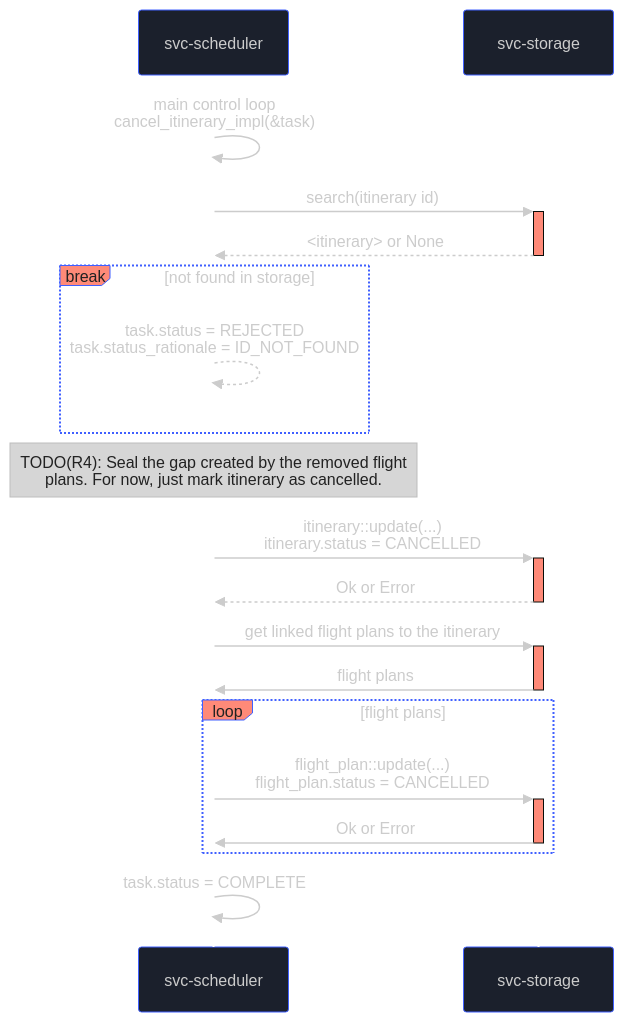
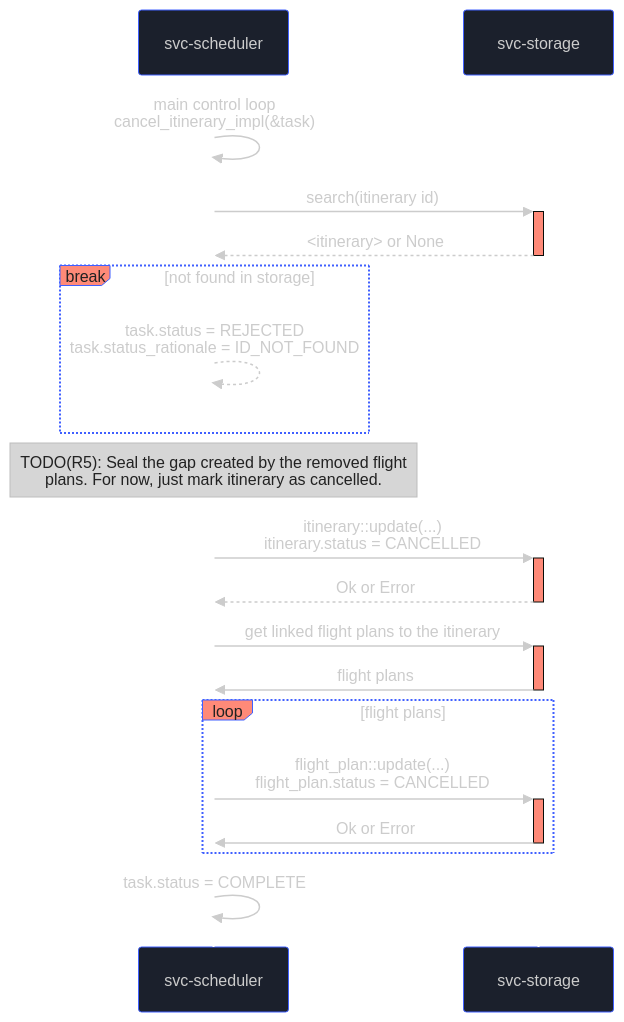
Before and after one commit to aetheric-oss/svc-scheduler: the second of 9 diagrams in docs/sdd.md, drawn with Mermaid. The commit also changed other lines of this file and 21 other files, not shown here.

````diff
--- a/docs/sdd.md
+++ b/docs/sdd.md
@@ -169,43 +169,43 @@
 ```mermaid
 %%{
   init: {
     'theme': 'base',
     'themeVariables': {
       'primaryColor': '#1B202C',
       'primaryBorderColor': '#4060FF',
       'primaryTextColor': '#CCC',
       'actorLineColor': '#fff',
       'labelBoxBkgColor': '#FF8A78',
       'labelTextColor': '#222',
       'sequenceNumberColor': '#1B202C',
       'noteBkgColor': '#D6D6D6',
       'noteTextColor': '#222',
       'activationBkgColor': '#FF8A78'
     }
   }
 }%%
 sequenceDiagram
     participant scheduler as svc-scheduler
     participant storage as svc-storage
 
     scheduler->>scheduler: main control loop<br>cancel_itinerary_impl(&task)
     scheduler->>+storage: search(itinerary id)
     storage-->>-scheduler: <itinerary> or None
     break not found in storage
         scheduler-->>scheduler: task.status = REJECTED<br>task.status_rationale = ID_NOT_FOUND
     end
 
-    Note over scheduler: TODO(R4): Seal the gap created by the removed flight<br>plans. For now, just mark itinerary as cancelled.
+    Note over scheduler: TODO(R5): Seal the gap created by the removed flight<br>plans. For now, just mark itinerary as cancelled.
     scheduler->>+storage: itinerary::update(...)<br>itinerary.status = CANCELLED
     storage-->>-scheduler: Ok or Error
 
     scheduler->>+storage: get linked flight plans to the itinerary
     storage->>-scheduler: flight plans
 
     loop flight plans
         scheduler->>+storage: flight_plan::update(...)<br>flight_plan.status = CANCELLED
         storage->>-scheduler: Ok or Error
     end
 
     scheduler->>scheduler: task.status = COMPLETE
 ```
````
